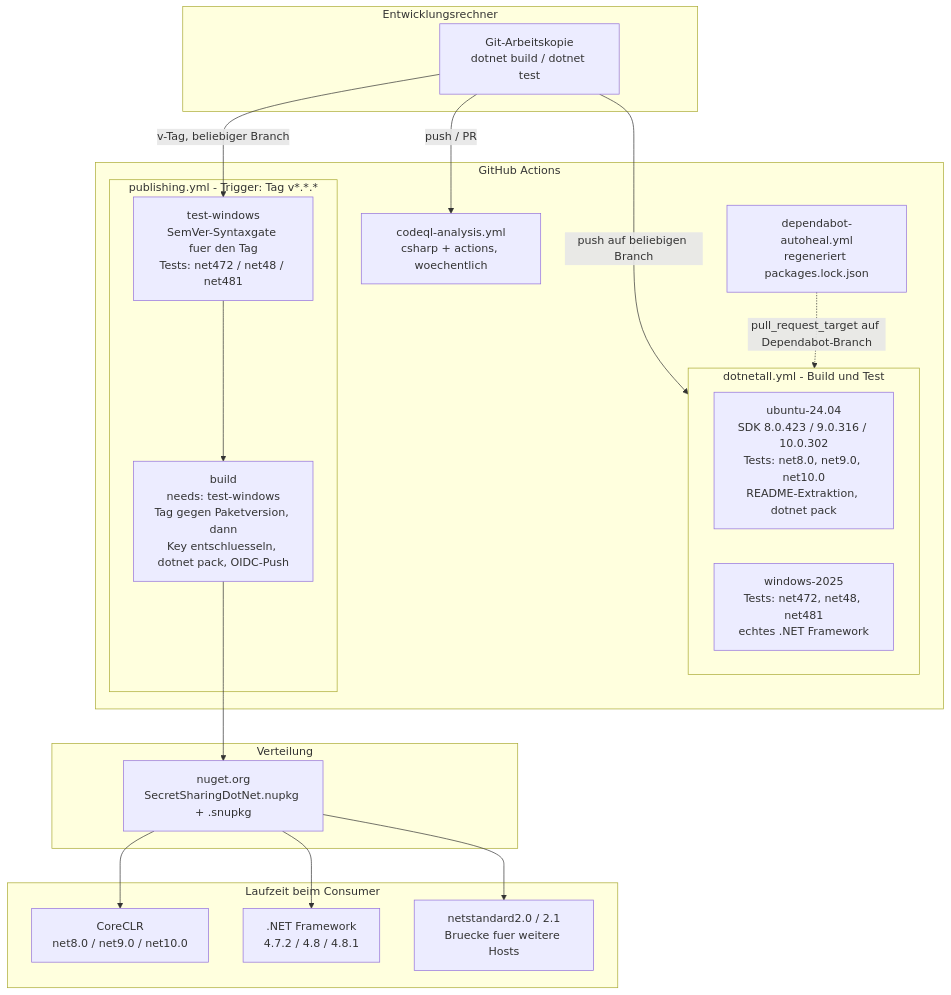
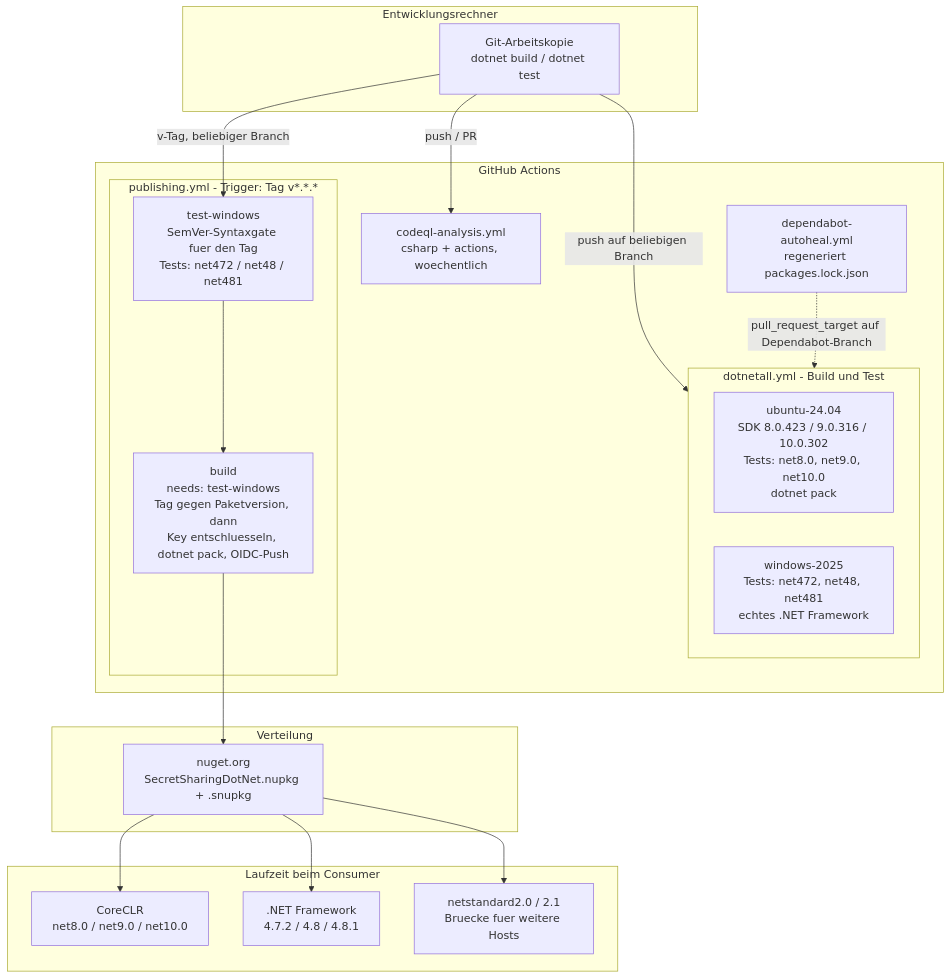
Before and after one commit to shinji-san/SecretSharingDotNet: the tenth of 10 diagrams in docs/architecture/arc42.de.md, drawn with Mermaid. The commit also changed other lines of this file and 6 other files, not shown here.

````diff
--- a/docs/architecture/arc42.de.md
+++ b/docs/architecture/arc42.de.md
@@ -911,39 +917,39 @@
 ```mermaid
 flowchart TD
     subgraph dev["Entwicklungsrechner"]
         repo["Git-Arbeitskopie<br/>dotnet build / dotnet test"]
     end
 
     subgraph gh["GitHub Actions"]
         subgraph ci["dotnetall.yml - Build und Test"]
-            ubuntu["ubuntu-24.04<br/>SDK 8.0.423 / 9.0.316 / 10.0.302<br/>Tests: net8.0, net9.0, net10.0<br/>README-Extraktion, dotnet pack"]
+            ubuntu["ubuntu-24.04<br/>SDK 8.0.423 / 9.0.316 / 10.0.302<br/>Tests: net8.0, net9.0, net10.0<br/>dotnet pack"]
             windows["windows-2025<br/>Tests: net472, net48, net481<br/>echtes .NET Framework"]
         end
         codeql["codeql-analysis.yml<br/>csharp + actions, woechentlich"]
         autoheal["dependabot-autoheal.yml<br/>regeneriert packages.lock.json"]
         subgraph publish["publishing.yml - Trigger: Tag v*.*.*"]
             pubTest["test-windows<br/>SemVer-Syntaxgate fuer den Tag<br/>Tests: net472 / net48 / net481"]
             pubBuild["build<br/>needs: test-windows<br/>Tag gegen Paketversion, dann<br/>Key entschluesseln, dotnet pack, OIDC-Push"]
         end
     end
 
     subgraph dist["Verteilung"]
         nuget["nuget.org<br/>SecretSharingDotNet.nupkg + .snupkg"]
     end
 
     subgraph runtime["Laufzeit beim Consumer"]
         netcore["CoreCLR<br/>net8.0 / net9.0 / net10.0"]
         netfx[".NET Framework<br/>4.7.2 / 4.8 / 4.8.1"]
         netstd["netstandard2.0 / 2.1<br/>Bruecke fuer weitere Hosts"]
     end
 
     repo -->|push auf beliebigen Branch| ci
     repo -->|push / PR| codeql
     repo -->|v-Tag, beliebiger Branch| pubTest
     pubTest --> pubBuild
     pubBuild --> nuget
     autoheal -.->|pull_request_target auf Dependabot-Branch| ci
     nuget --> netcore
     nuget --> netfx
     nuget --> netstd
 ```
````
